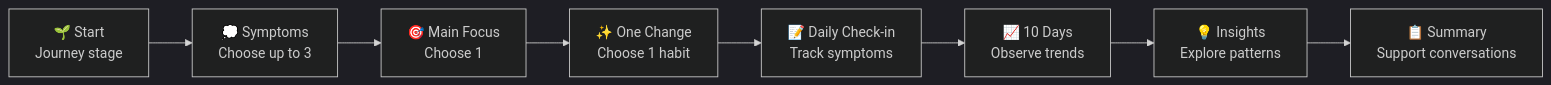
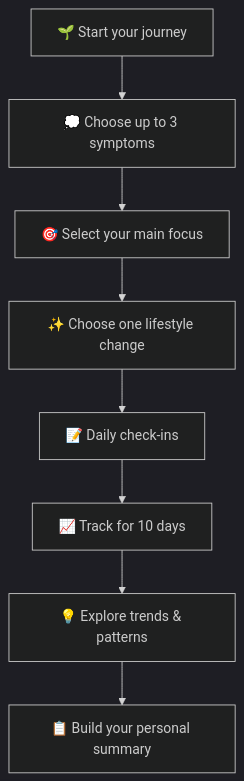
Before and after one commit to Huth-P/vitality-flow-splash: the diagram in README.md, drawn with Mermaid (dark theme).

Commit message:
Revise flowchart format and content in README
Updated flowchart to improve clarity and readability.

````diff
--- a/README.md
+++ b/README.md
@@ -29,10 +29,10 @@
 ```mermaid
-flowchart LR
-    A["🌱 Start<br/>Journey stage"] --> B["💭 Symptoms<br/>Choose up to 3"]
-    B --> C["🎯 Main Focus<br/>Choose 1"]
-    C --> D["✨ One Change<br/>Choose 1 habit"]
-    D --> E["📝 Daily Check-in<br/>Track symptoms"]
-    E --> F["📈 10 Days<br/>Observe trends"]
-    F --> G["💡 Insights<br/>Explore patterns"]
-    G --> H["📋 Summary<br/>Support conversations"]
+flowchart TD
+    A["🌱 Start your journey"] --> B["💭 Choose up to 3 symptoms"]
+    B --> C["🎯 Select your main focus"]
+    C --> D["✨ Choose one lifestyle change"]
+    D --> E["📝 Daily check-ins"]
+    E --> F["📈 Track for 10 days"]
+    F --> G["💡 Explore trends & patterns"]
+    G --> H["📋 Build your personal summary"]
 ```
````
